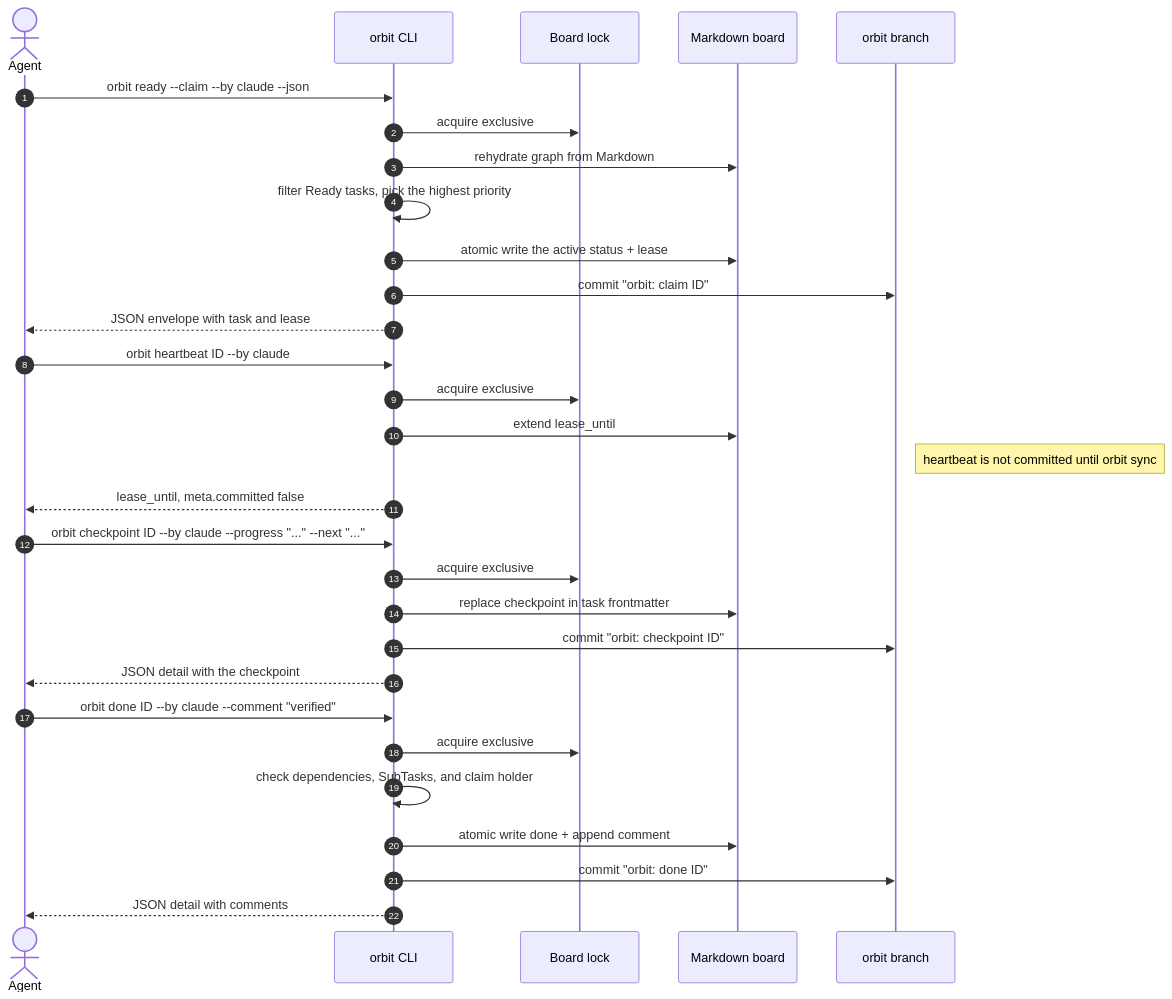
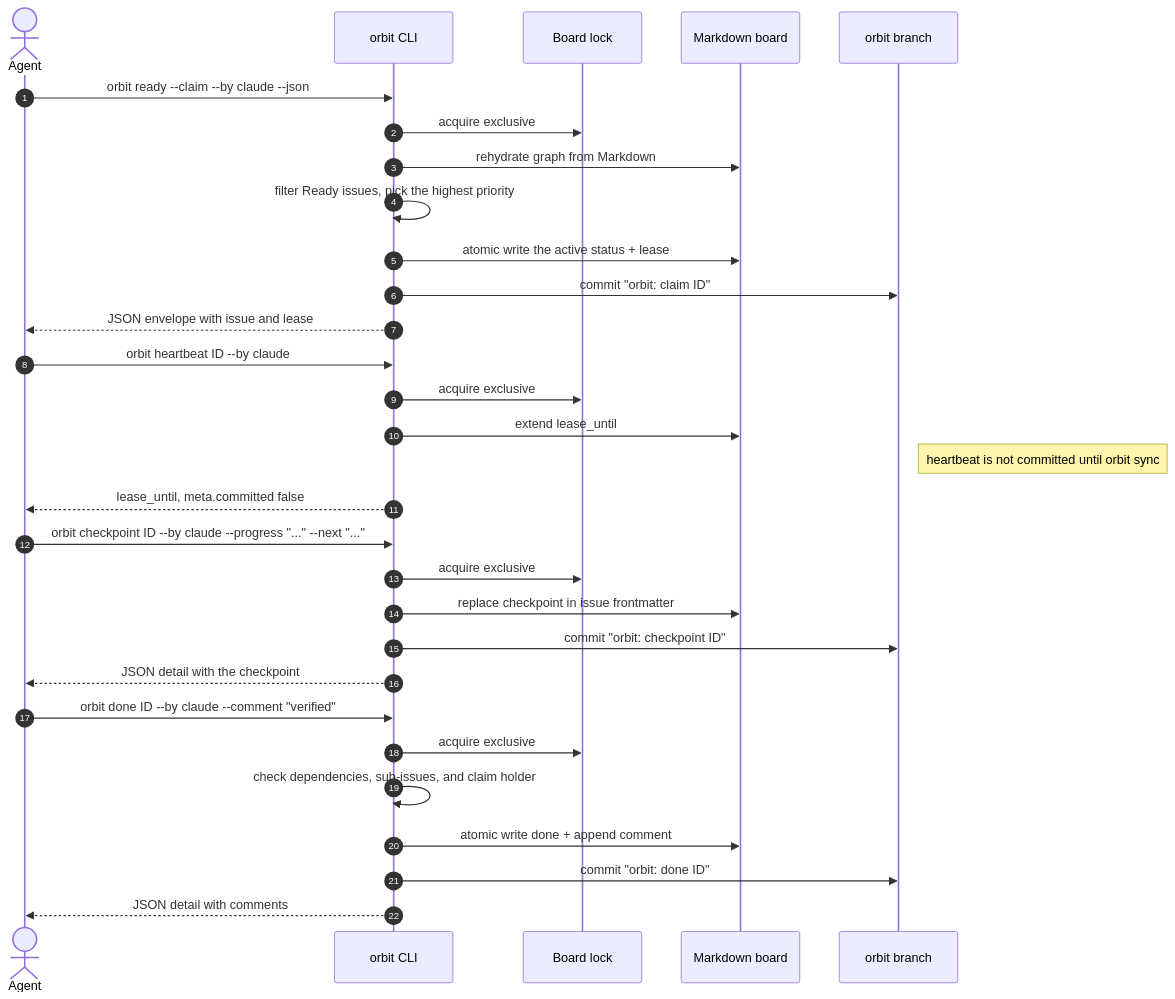
The second of 6 diagrams in README.md (rcmendes/orbit), drawn with Mermaid before and after one commit. The commit also changed other lines of this file and 16 other files, not shown here.

````diff
--- a/README.md
+++ b/README.md
@@ -426,36 +425,36 @@
 ```mermaid
 sequenceDiagram
     autonumber
     actor Agent
     participant CLI as orbit CLI
     participant Lock as Board lock
     participant Board as Markdown board
     participant Git as orbit branch
 
     Agent->>CLI: orbit ready --claim --by claude --json
     CLI->>Lock: acquire exclusive
     CLI->>Board: rehydrate graph from Markdown
-    CLI->>CLI: filter Ready tasks, pick the highest priority
+    CLI->>CLI: filter Ready issues, pick the highest priority
     CLI->>Board: atomic write the active status + lease
     CLI->>Git: commit "orbit: claim ID"
-    CLI-->>Agent: JSON envelope with task and lease
+    CLI-->>Agent: JSON envelope with issue and lease
 
     Agent->>CLI: orbit heartbeat ID --by claude
     CLI->>Lock: acquire exclusive
     CLI->>Board: extend lease_until
     Note right of Git: heartbeat is not committed until orbit sync
     CLI-->>Agent: lease_until, meta.committed false
 
     Agent->>CLI: orbit checkpoint ID --by claude --progress "..." --next "..."
     CLI->>Lock: acquire exclusive
-    CLI->>Board: replace checkpoint in task frontmatter
+    CLI->>Board: replace checkpoint in issue frontmatter
     CLI->>Git: commit "orbit: checkpoint ID"
     CLI-->>Agent: JSON detail with the checkpoint
 
     Agent->>CLI: orbit done ID --by claude --comment "verified"
     CLI->>Lock: acquire exclusive
-    CLI->>CLI: check dependencies, SubTasks, and claim holder
+    CLI->>CLI: check dependencies, sub-issues, and claim holder
     CLI->>Board: atomic write done + append comment
     CLI->>Git: commit "orbit: done ID"
     CLI-->>Agent: JSON detail with comments
 ```
````
